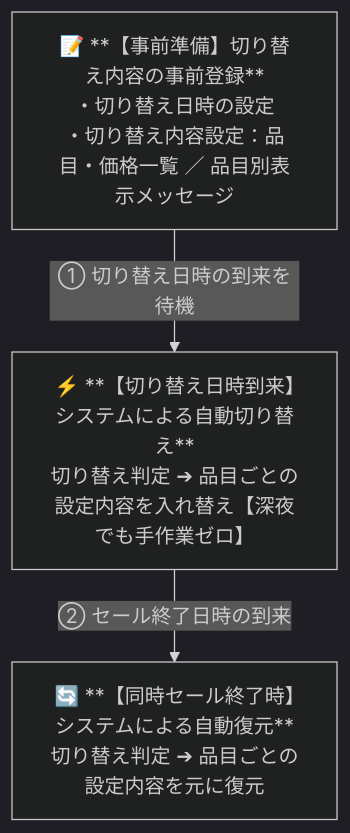
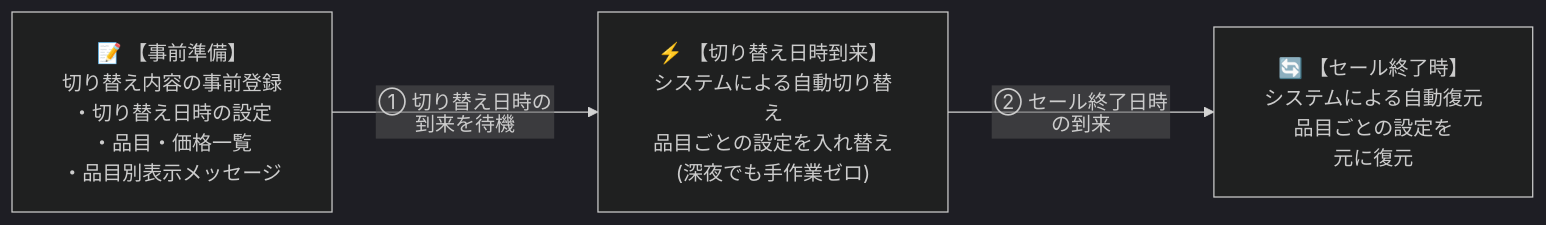
The fourth of 4 diagrams in README.md (imo96/service-planning-architecture-portfolio), drawn with Mermaid (dark theme) before and after one commit. The commit also changed other lines of this file, not shown here.

First line of the commit message:
Mermaid図を横連結に変更し、ボックス内の文字見切れを改善

````diff
--- a/README.md
+++ b/README.md
@@ -173,9 +176,10 @@
 ```mermaid
-flowchart TD
-    A["📝 **【事前準備】切り替え内容の事前登録**<br/>・切り替え日時の設定<br/>・切り替え内容設定：品目・価格一覧 ／ 品目別表示メッセージ"]
-    B["⚡ **【切り替え日時到来】システムによる自動切り替え**<br/>切り替え判定 ➔ 品目ごとの設定内容を入れ替え【深夜でも手作業ゼロ】"]
-    C["🔄 **【同時セール終了時】システムによる自動復元**<br/>切り替え判定 ➔ 品目ごとの設定内容を元に復元"]
+%%{init: {"flowchart": {"htmlLabels": false, "padding": 20, "nodeSpacing": 40, "rankSpacing": 70}}}%%
+flowchart LR
+    A["📝 【事前準備】<br>切り替え内容の事前登録<br>・切り替え日時の設定<br>・品目・価格一覧<br>・品目別表示メッセージ"]
+    B["⚡ 【切り替え日時到来】<br>システムによる自動切り替え<br>品目ごとの設定を入れ替え<br>(深夜でも手作業ゼロ)"]
+    C["🔄 【セール終了時】<br>システムによる自動復元<br>品目ごとの設定を<br>元に復元"]
 
-    A -->|"① 切り替え日時の到来を待機"| B
-    B -->|"② セール終了日時の到来"| C
+    A -->|"① 切り替え日時の<br>到来を待機"| B
+    B -->|"② セール終了日時<br>の到来"| C
 ```
````
